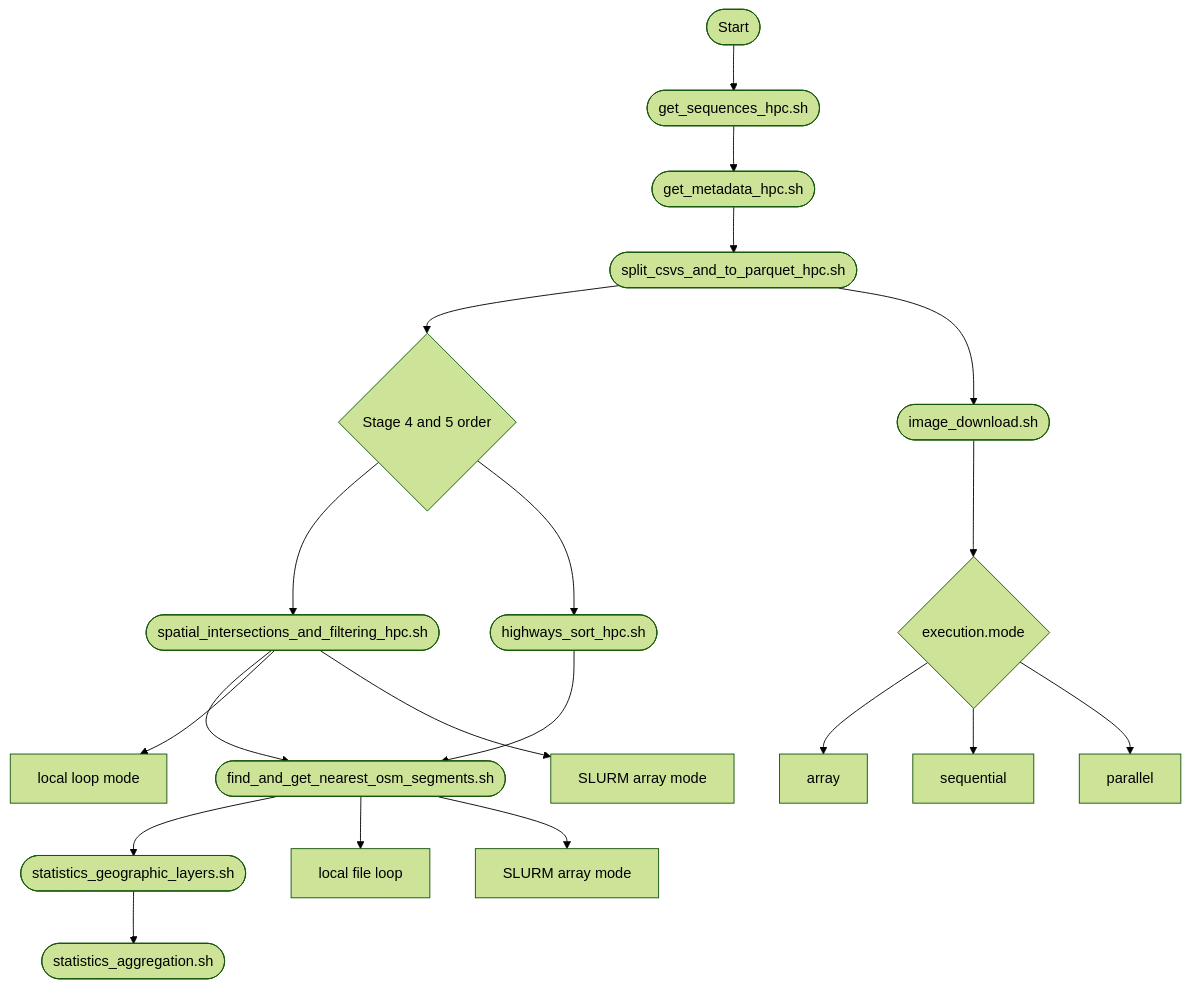
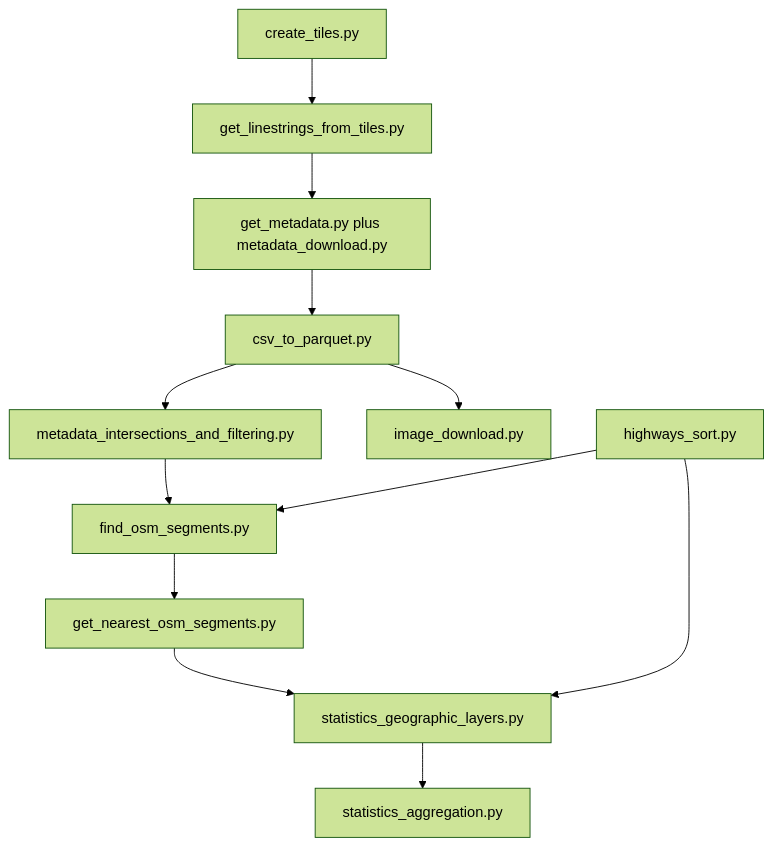
Before and after one commit to erennere/Mapillary-OSM-Road-Surface-Pipeline: the diagram in README.md, drawn with Mermaid (forest theme). The commit also changed other lines of this file and 2 other files, not shown here.

Commit message:
Improve README structure and add metadata pagination cursor handling

````diff
--- a/README.md
+++ b/README.md
@@ -543,25 +96,17 @@
 ```mermaid
 graph TD
-    start([Start]) --> s1([get_sequences_hpc.sh])
-    s1 --> s2([get_metadata_hpc.sh])
-    s2 --> s3([split_csvs_and_to_parquet_hpc.sh])
-    s3 --> p4{Stage 4 and 5 order}
-    p4 --> s4([spatial_intersections_and_filtering_hpc.sh])
-    p4 --> s5([highways_sort_hpc.sh])
-    s4 --> s6([find_and_get_nearest_osm_segments.sh])
-    s5 --> s6
+    A[create_tiles.py] --> B[get_linestrings_from_tiles.py]
+    B --> C[get_metadata.py plus metadata_download.py]
+    C --> D[csv_to_parquet.py]
 
-    s3 --> im([image_download.sh])
-    im --> imMode{execution.mode}
-    imMode --> imA[array]
-    imMode --> imS[sequential]
-    imMode --> imP[parallel]
+    D --> E[metadata_intersections_and_filtering.py]
+    D --> I[image_download.py]
 
-    s6 --> sg([statistics_geographic_layers.sh])
-    sg --> sa([statistics_aggregation.sh])
+    F[highways_sort.py] --> G[find_osm_segments.py]
+    E --> G
+    G --> H[get_nearest_osm_segments.py]
 
-    s4 --> local4[local loop mode]
-    s4 --> hpc4[SLURM array mode]
-    s6 --> local6[local file loop]
-    s6 --> hpc6[SLURM array mode]
+    H --> J[statistics_geographic_layers.py]
+    F --> J
+    J --> K[statistics_aggregation.py]
 ```
````
